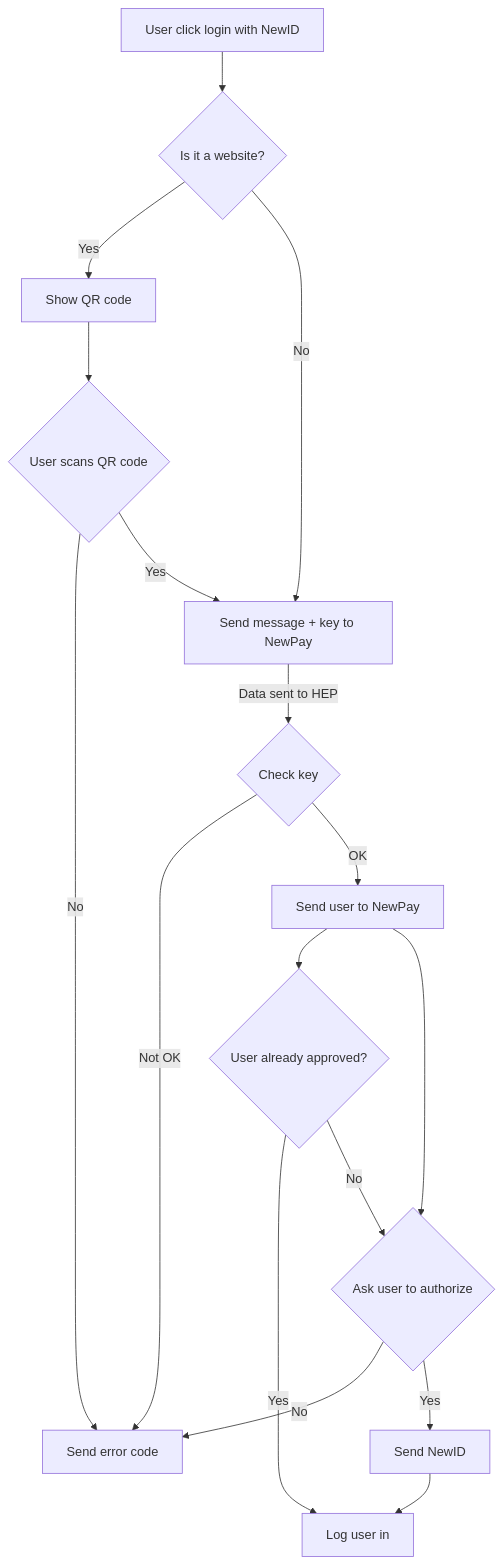
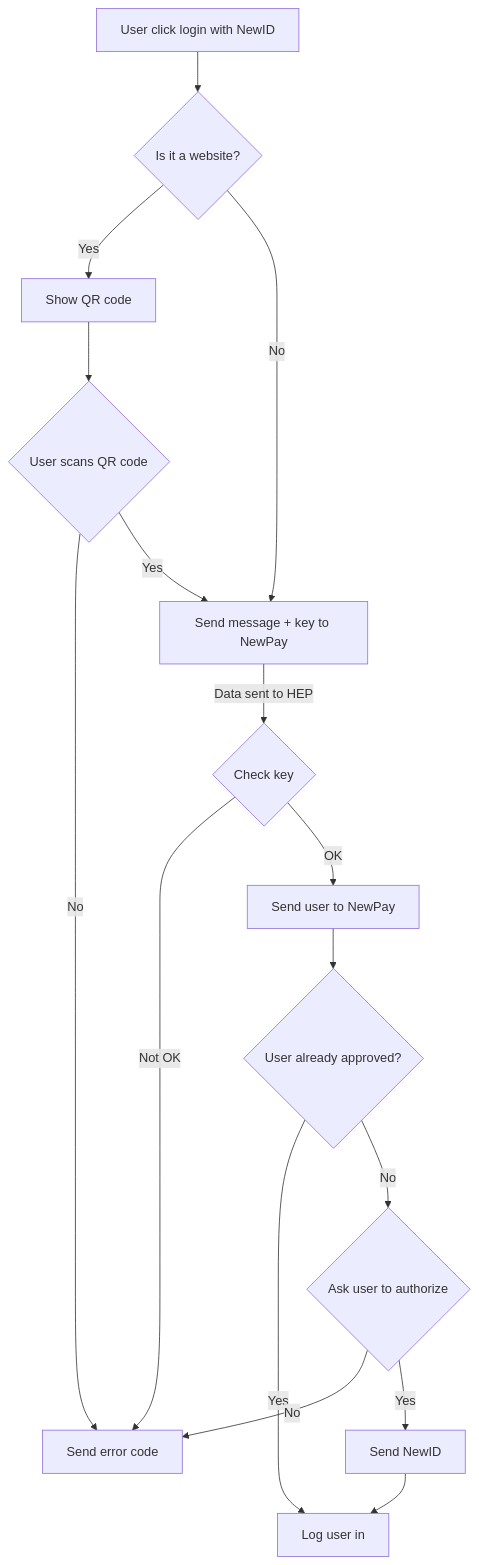
One commit to newtonproject/HEP-specification changed the diagram in login_flowchart.md. Above: the diagram before and after it, drawn with Mermaid.

Commit message:
Remove junk

````diff
--- a/login_flowchart.md
+++ b/login_flowchart.md
@@ -1,20 +1,19 @@
 ```mermaid
 graph TD
 Click[User click login with NewID] --> web_check{Is it a website?}
 web_check--> |Yes| qr[Show QR code]
 web_check--> |No| send_req_newpay
 qr --> user_scan{User scans QR code}
 user_scan-->|No| Err
 user_scan-->|Yes| send_req_newpay
 send_req_newpay[Send message + key to NewPay];
 send_req_newpay --> |Data sent to HEP| check_key{Check key}
 check_key -->|Not OK| Err[Send error code]
 check_key -->|OK| redirect_newpay[Send user to NewPay]
 redirect_newpay --> user_exist{User already approved?}
 user_exist-->|Yes| login_user
 user_exist-->|No| user_auth_ask{Ask user to authorize}
-redirect_newpay --> user_auth_ask
 user_auth_ask-->|No| Err
 user_auth_ask-->|Yes| send_newid[Send NewID]
 send_newid --> login_user[Log user in]
 ```
````
